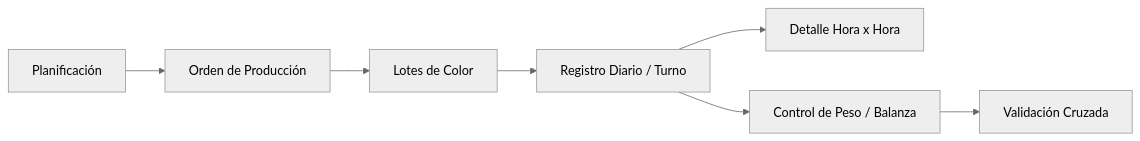
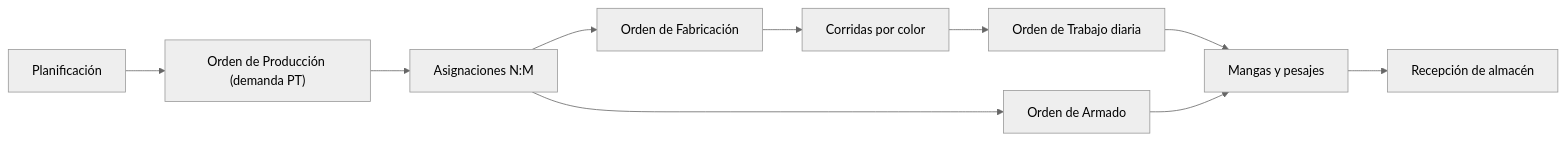
The diagram in obsidian_vault/00_Meta/Arquitectura_Global.md (estebanSulcaInfante/envaperu-workspace), drawn with Mermaid (neutral theme) before and after one commit. The commit also changed other lines of this file and 233 other files, not shown here.

````diff
--- a/obsidian_vault/00_Meta/Arquitectura_Global.md
+++ b/obsidian_vault/00_Meta/Arquitectura_Global.md
@@ -30,9 +31,12 @@
 ```mermaid
 graph LR
-    A[Planificación] --> B[Orden de Producción]
-    B --> C[Lotes de Color]
-    C --> D[Registro Diario / Turno]
-    D --> E[Detalle Hora x Hora]
-    D --> F[Control de Peso / Balanza]
-    F --> G[Validación Cruzada]
+    A["Planificación"] --> B["Orden de Producción (demanda PT)"]
+    B --> C["Asignaciones N:M"]
+    C --> D["Orden de Fabricación"]
+    C --> E["Orden de Armado"]
+    D --> F["Corridas por color"]
+    F --> G["Orden de Trabajo diaria"]
+    G --> H["Mangas y pesajes"]
+    E --> H
+    H --> I["Recepción de almacén"]
 ```
````
